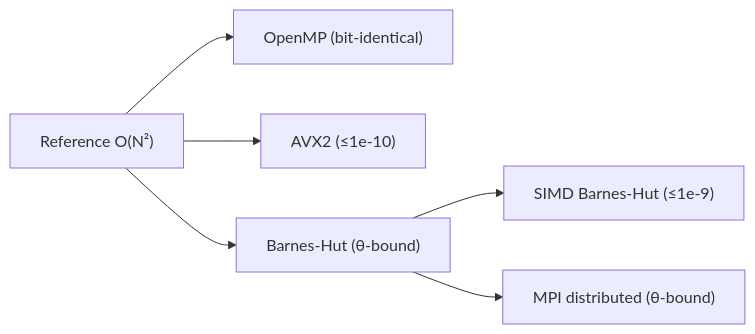
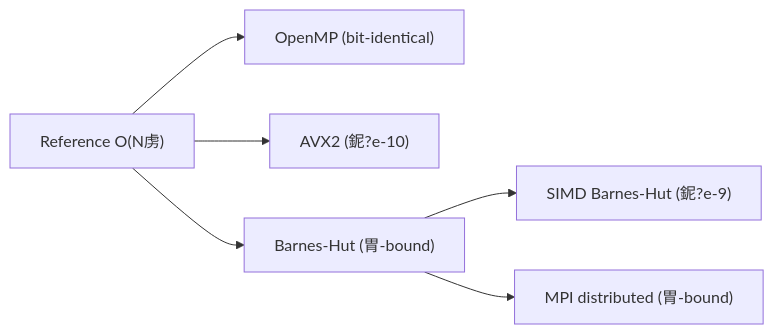
One commit to richie-rich90454/n_body_sim_pro changed the second of 2 diagrams in docs-site/architecture.md. Above: the diagram before and after it, drawn with Mermaid. The commit also changed other lines of this file and 9 other files, not shown here.

````diff
--- a/docs-site/architecture.md
+++ b/docs-site/architecture.md
@@ -106,8 +106,8 @@
 ```mermaid
 flowchart LR
-    REF["Reference O(N²)"] --> OMP["OpenMP (bit-identical)"]
-    REF --> AVX2["AVX2 (≤1e-10)"]
-    REF --> BH["Barnes-Hut (θ-bound)"]
-    BH --> BHAVX2["SIMD Barnes-Hut (≤1e-9)"]
-    BH --> DIST["MPI distributed (θ-bound)"]
+    REF["Reference O(N虏)"] --> OMP["OpenMP (bit-identical)"]
+    REF --> AVX2["AVX2 (鈮?e-10)"]
+    REF --> BH["Barnes-Hut (胃-bound)"]
+    BH --> BHAVX2["SIMD Barnes-Hut (鈮?e-9)"]
+    BH --> DIST["MPI distributed (胃-bound)"]
 ```
````
